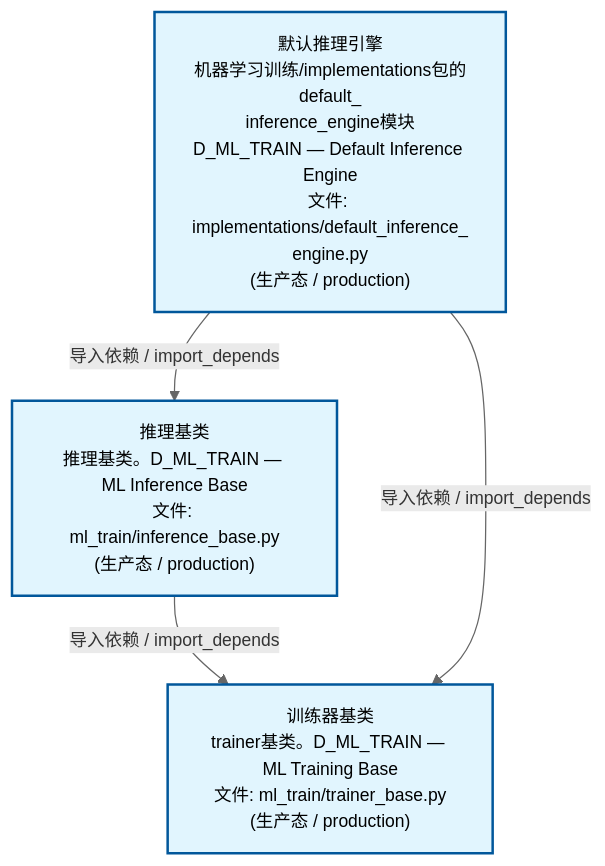
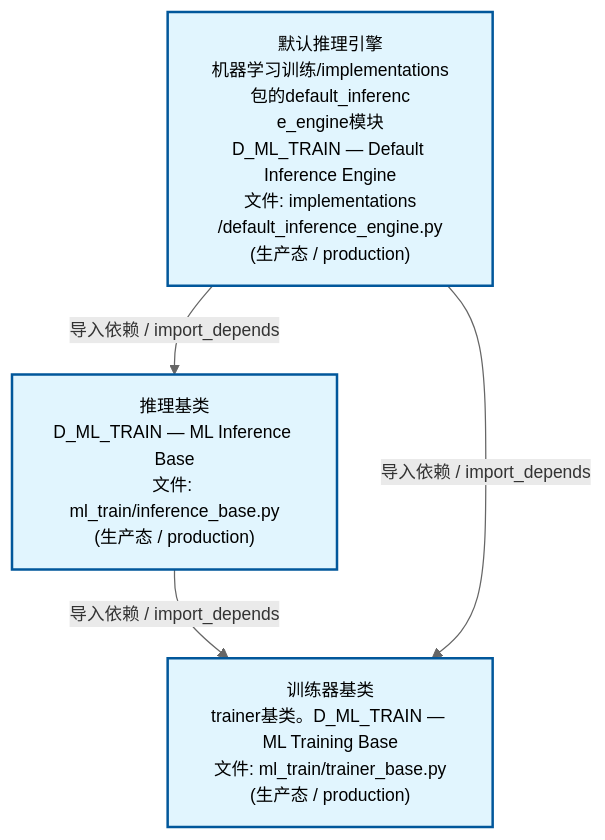
Before and after one commit to xuanFelixVan/ZephyrAlpha: the second of 4 diagrams in docs/02_enterprise_architecture/02_domain_architecture_docs/61_d_ml_train.md, drawn with Mermaid. The commit also changed other lines of this file and 59 other files, not shown here.

````diff
--- a/docs/02_enterprise_architecture/02_domain_architecture_docs/61_d_ml_train.md
+++ b/docs/02_enterprise_architecture/02_domain_architecture_docs/61_d_ml_train.md
@@ -99,15 +99,15 @@
 ```mermaid
 %%{init: {'theme': 'base', 'themeVariables': {'primaryColor': '#eaeaea', 'primaryTextColor': '#333333', 'primaryBorderColor': '#666666', 'lineColor': '#666666', 'secondaryColor': '#eaeaea', 'tertiaryColor': '#eaeaea', 'fontSize': '14px'}}}%%
 flowchart TD
-    src_zephyr_ml_train_implementations_default_inference_engine_py["默认推理引擎<br/>机器学习训练/implementations包的default_<br/>inference_engine模块<br/>D_ML_TRAIN — Default Inference Engine<br/>文件: implementations/default_inference_<br/>engine.py<br/>(生产态 / production)"]
-    src_zephyr_ml_train_inference_base_py["推理基类<br/>推理基类。D_ML_TRAIN — ML Inference Base<br/>文件: ml_train/inference_base.py<br/>(生产态 / production)"]
+    src_zephyr_ml_train_implementations_default_inference_engine_py["默认推理引擎<br/>机器学习训练/implementations包的default_inferenc<br/>e_engine模块<br/>D_ML_TRAIN — Default Inference Engine<br/>文件: implementations<br/>/default_inference_engine.py<br/>(生产态 / production)"]
+    src_zephyr_ml_train_inference_base_py["推理基类<br/>D_ML_TRAIN — ML Inference Base<br/>文件: ml_train/inference_base.py<br/>(生产态 / production)"]
     src_zephyr_ml_train_trainer_base_py["训练器基类<br/>trainer基类。D_ML_TRAIN — ML Training Base<br/>文件: ml_train/trainer_base.py<br/>(生产态 / production)"]
     src_zephyr_ml_train_inference_base_py -->|导入依赖 / import_depends| src_zephyr_ml_train_trainer_base_py
     src_zephyr_ml_train_implementations_default_inference_engine_py -->|导入依赖 / import_depends| src_zephyr_ml_train_inference_base_py
     src_zephyr_ml_train_implementations_default_inference_engine_py -->|导入依赖 / import_depends| src_zephyr_ml_train_trainer_base_py
     classDef production fill:#e1f5fe,stroke:#01579b,stroke-width:2px,color:#000
     classDef design fill:#fff3e0,stroke:#e65100,stroke-width:2px,color:#000,stroke-dasharray: 5 5
     classDef external_prod fill:#e8f4fd,stroke:#0277bd,stroke-width:1px,color:#000
     classDef external_design fill:#fff8e7,stroke:#ef6c00,stroke-width:1px,color:#000,stroke-dasharray: 5 5
     class src_zephyr_ml_train_implementations_default_inference_engine_py,src_zephyr_ml_train_inference_base_py,src_zephyr_ml_train_trainer_base_py production
 ```
````
